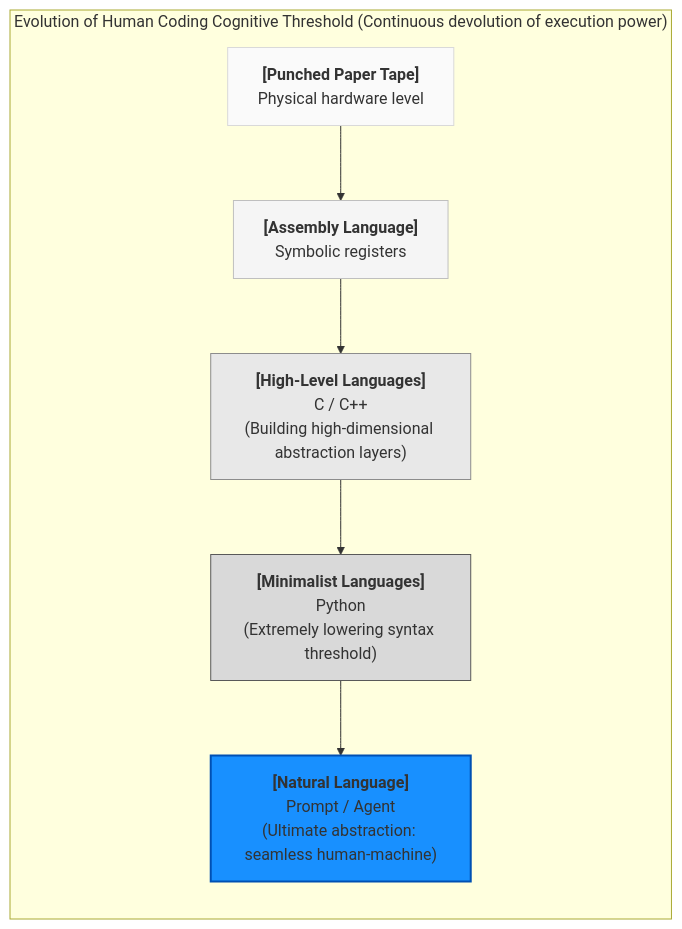
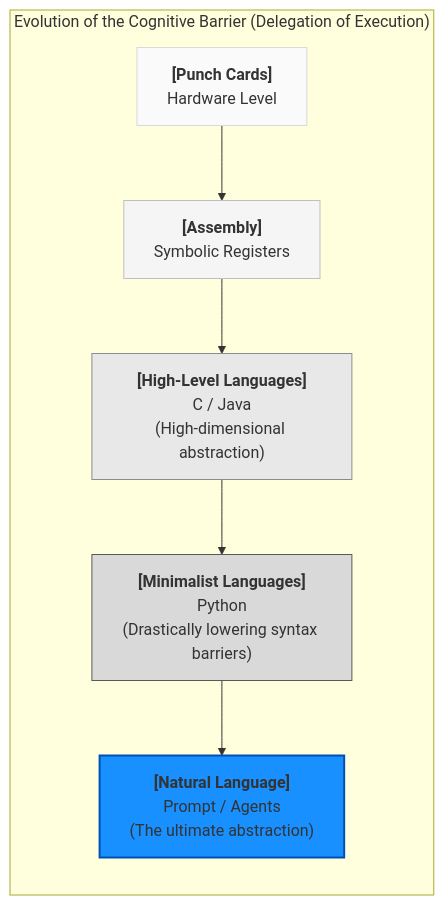
Before and after one commit to ruanqizhen/cocode: the second of 4 diagrams in i18n/en/docusaurus-plugin-content-docs/current/background.md, drawn with Mermaid. The commit also changed other lines of this file and 41 other files, not shown here.

````diff
--- a/i18n/en/docusaurus-plugin-content-docs/current/background.md
+++ b/i18n/en/docusaurus-plugin-content-docs/current/background.md
@@ -120,28 +113,28 @@
 ```mermaid
 graph LR
-    A["<strong>[Punched Paper Tape]</strong><br>Physical hardware level"] --> B["<strong>[Assembly Language]</strong><br>Symbolic registers"]
-    B --> C["<strong>[High-Level Languages]</strong><br>C / C++<br>(Building high-dimensional abstraction layers)"]
-    C --> D["<strong>[Minimalist Languages]</strong><br>Python<br>(Extremely lowering syntax threshold)"]
-    D --> E["<strong>[Natural Language]</strong><br>Prompt / Agent<br>(Ultimate abstraction: seamless human-machine)"]
+    A["<strong>[Punch Cards]</strong><br>Hardware Level"] --> B["<strong>[Assembly]</strong><br>Symbolic Registers"]
+    B --> C["<strong>[High-Level Languages]</strong><br>C / Java<br>(High-dimensional abstraction)"]
+    C --> D["<strong>[Minimalist Languages]</strong><br>Python<br>(Drastically lowering syntax barriers)"]
+    D --> E["<strong>[Natural Language]</strong><br>Prompt / Agents<br>(The ultimate abstraction)"]
 
-    subgraph "Evolution of Human Coding Cognitive Threshold (Continuous devolution of execution power)"
+    subgraph "Evolution of the Cognitive Barrier (Delegation of Execution)"
         A
         B
         C
         D
         E
     end
 
-    %% Style definitions (Compatible with Light mode as fallback)
+    %% Style definitions
     classDef mgray1 fill:#fafafa,stroke:#d9d9d9;
     classDef mgray2 fill:#f5f5f5,stroke:#bfbfbf;
     classDef mgray3 fill:#e8e8e8,stroke:#8c8c8c;
     classDef mgray4 fill:#d9d9d9,stroke:#595959;
     classDef mblueactive fill:#1890ff,stroke:#0050b3,stroke-width:2px;
 
     class A mgray1;
     class B mgray2;
     class C mgray3;
     class D mgray4;
     class E mblueactive;
 ```
````
